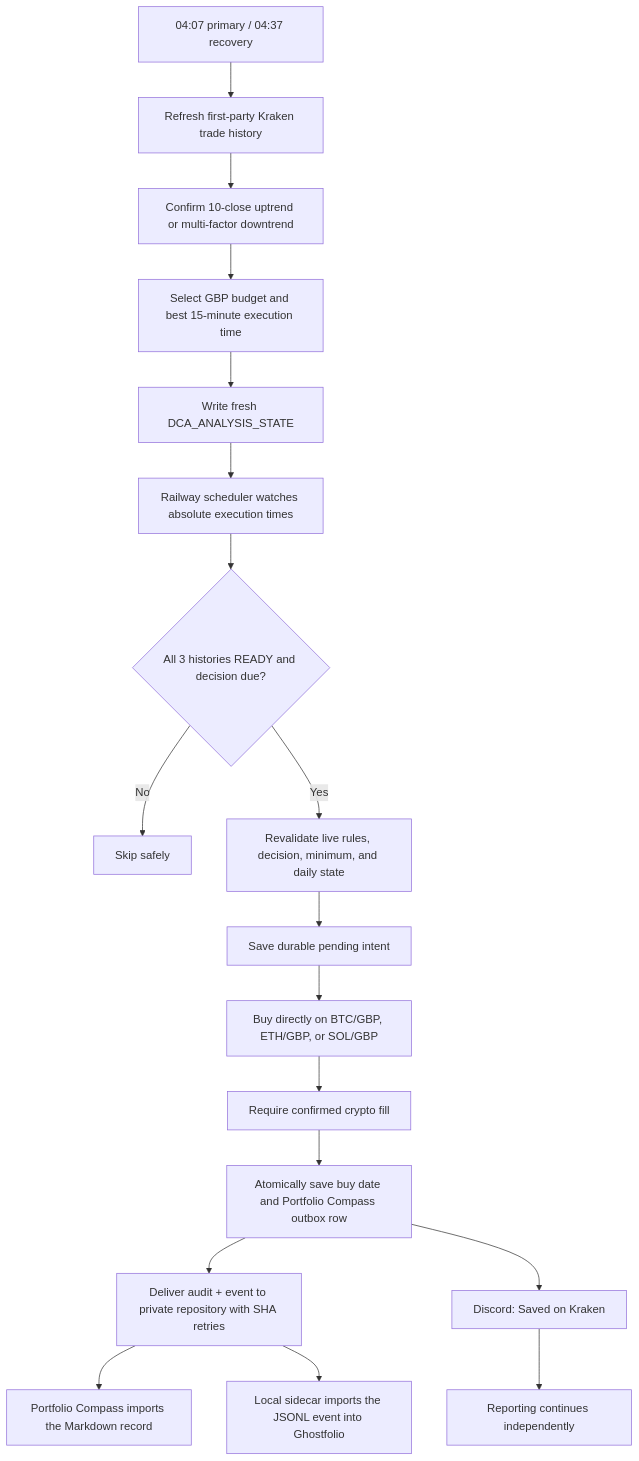
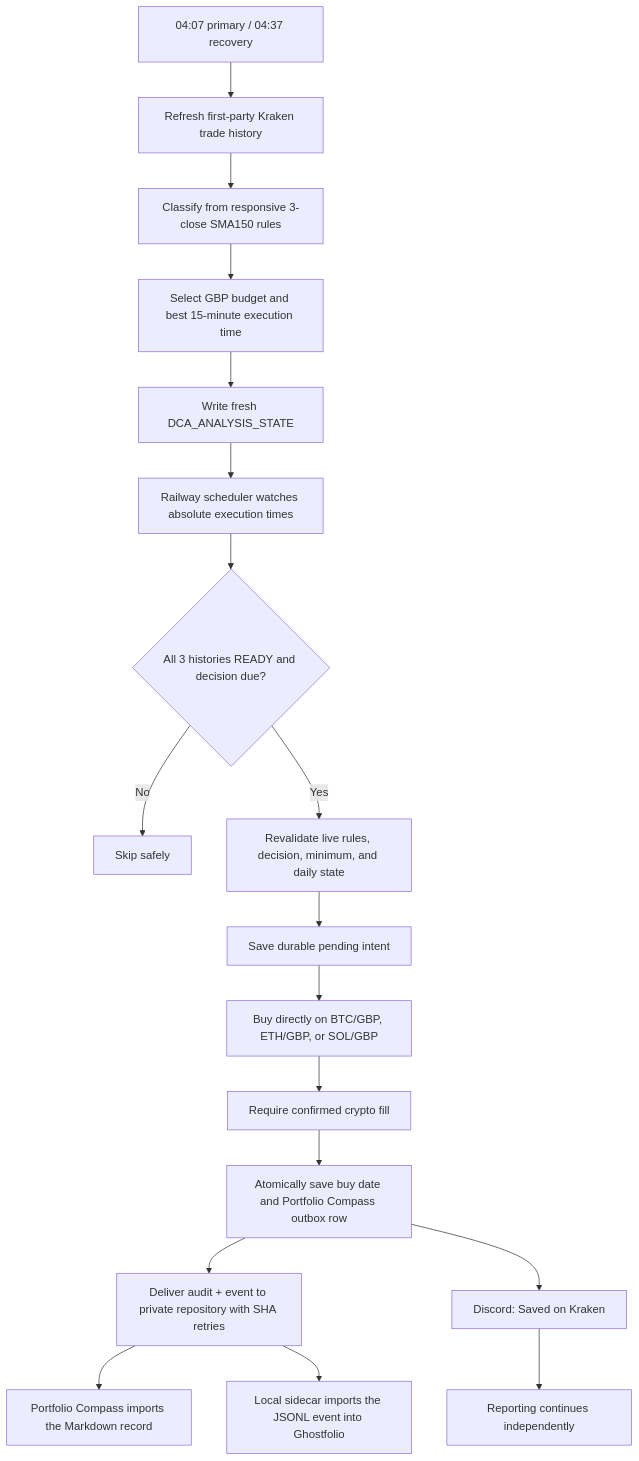
Before and after one commit to aesscialo-bot/DCA-Bot: the first of 2 diagrams in README.md, drawn with Mermaid. The commit also changed other lines of this file and 15 other files, not shown here.

````diff
--- a/README.md
+++ b/README.md
@@ -72,20 +71,20 @@
 ```mermaid
 flowchart TD
     A["04:07 primary / 04:37 recovery"] --> B["Refresh first-party Kraken trade history"]
-    B --> C["Confirm 10-close uptrend or multi-factor downtrend"]
+    B --> C["Classify from responsive 3-close SMA150 rules"]
     C --> D["Select GBP budget and best 15-minute execution time"]
     D --> E["Write fresh DCA_ANALYSIS_STATE"]
     E --> F["Railway scheduler watches absolute execution times"]
     F --> G{"All 3 histories READY and decision due?"}
     G -- "No" --> H["Skip safely"]
     G -- "Yes" --> I["Revalidate live rules, decision, minimum, and daily state"]
     I --> J["Save durable pending intent"]
     J --> L["Buy directly on BTC/GBP, ETH/GBP, or SOL/GBP"]
     L --> T["Require confirmed crypto fill"]
     T --> O["Atomically save buy date and Portfolio Compass outbox row"]
     O --> P["Deliver audit + event to private repository with SHA retries"]
     P --> U["Portfolio Compass imports the Markdown record"]
     P --> S["Local sidecar imports the JSONL event into Ghostfolio"]
     O --> Q["Discord: Saved on Kraken"]
     Q --> R["Reporting continues independently"]
 ```
````
